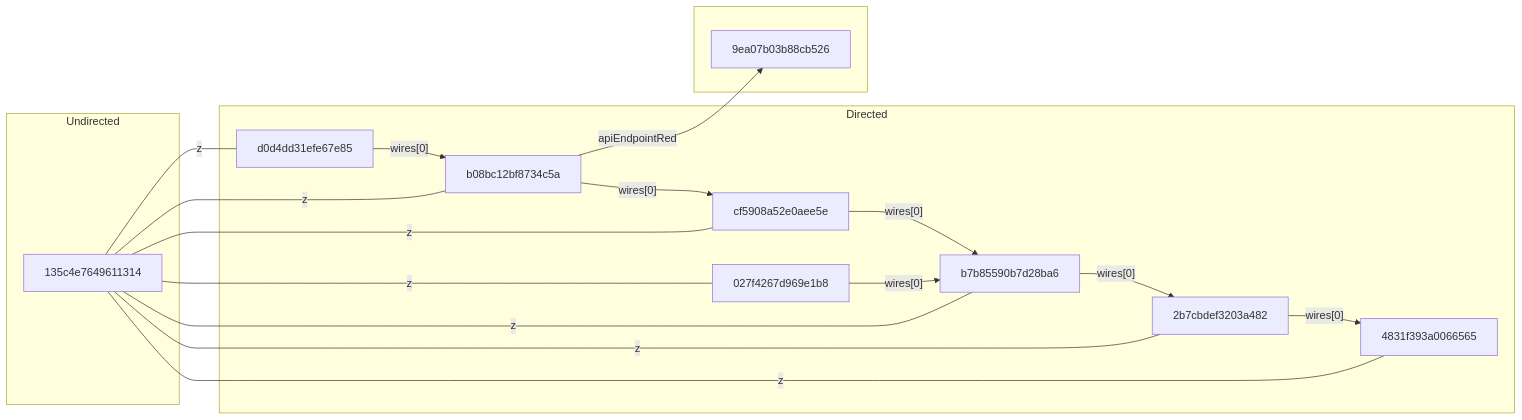
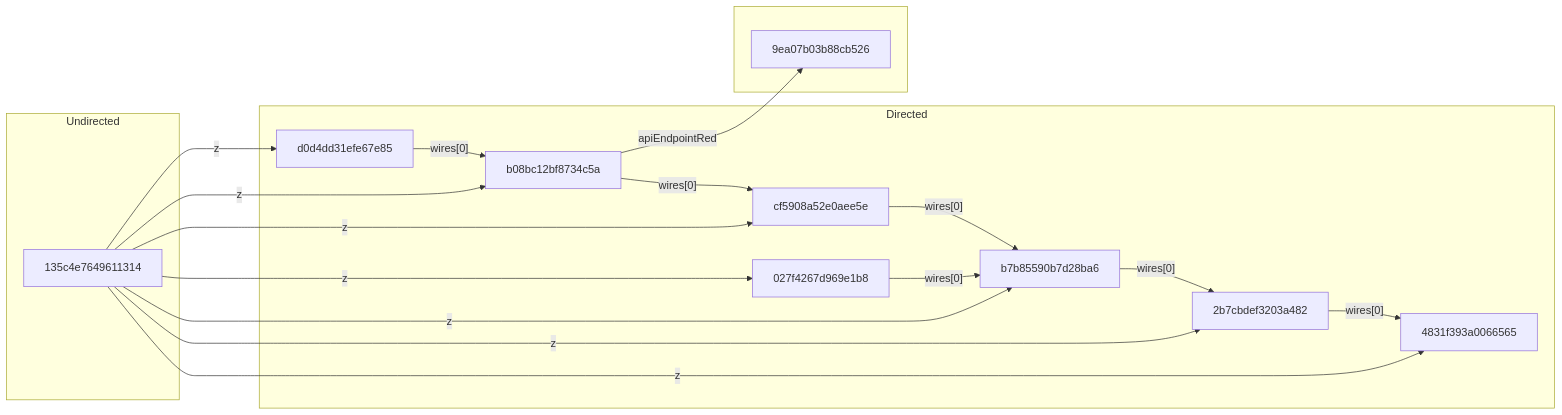
Before and after one commit to Chang-Yo/JSON-Extractor: the second of 2 diagrams in Request.md, drawn with Mermaid. The commit also changed 16 other files, not shown here.

````diff
--- a/Request.md
+++ b/Request.md
@@ -260,38 +260,38 @@
 ```mermaid
 graph LR
     A[d0d4dd31efe67e85]
     B[b08bc12bf8734c5a]
     C[cf5908a52e0aee5e]
     D[b7b85590b7d28ba6]
     E[2b7cbdef3203a482]
     F[4831f393a0066565]
     G[135c4e7649611314]
     H[027f4267d969e1b8]
     I[9ea07b03b88cb526]
 
     subgraph  Directed
     A -- wires[0] --> B
     B -- wires[0] --> C
     C -- wires[0] --> D
     H -- wires[0] --> D
     D -- wires[0] --> E
     E -- wires[0] --> F
 
     end
 
     subgraph  Undirected
-    G -- z --- A 
-    G -- z --- B
-    G -- z --- C
-    G -- z --- H
-    G -- z --- D
-    G -- z --- E
-    G -- z --- F
+    G -- z ---> A 
+    G -- z ---> B
+    G -- z ---> C
+    G -- z ---> H
+    G -- z ---> D
+    G -- z ---> E
+    G -- z ---> F
     end
 
     subgraph  
     B -- apiEndpointRed --> I
     end
     
 
 ```
````
